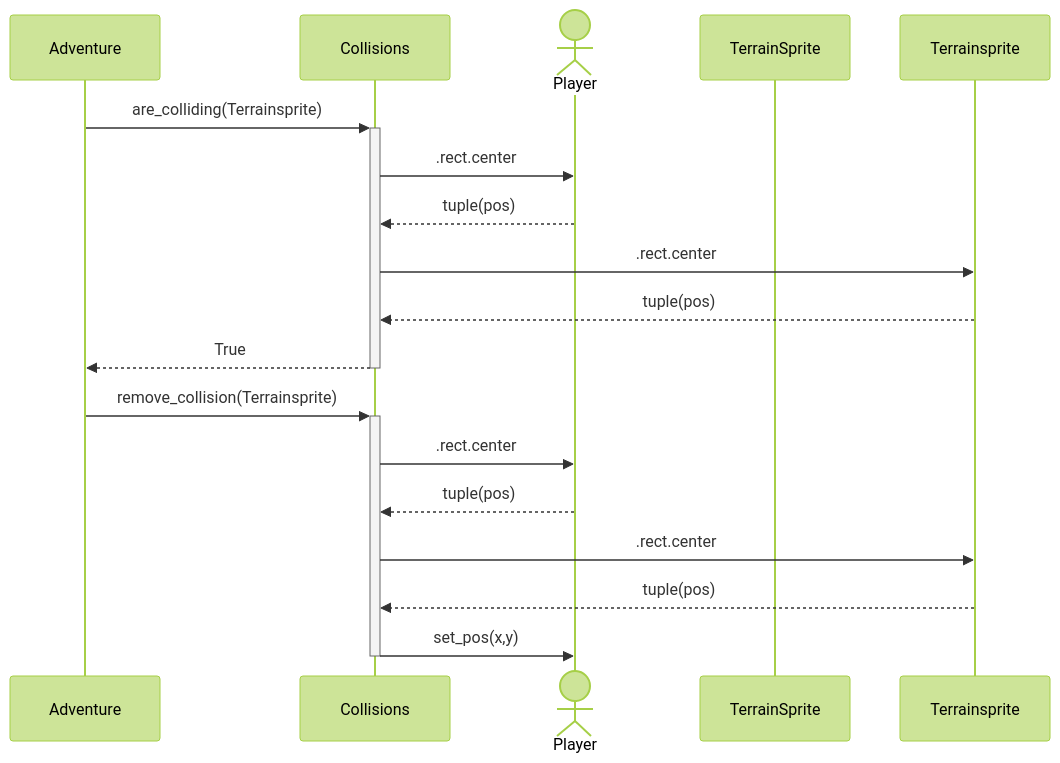
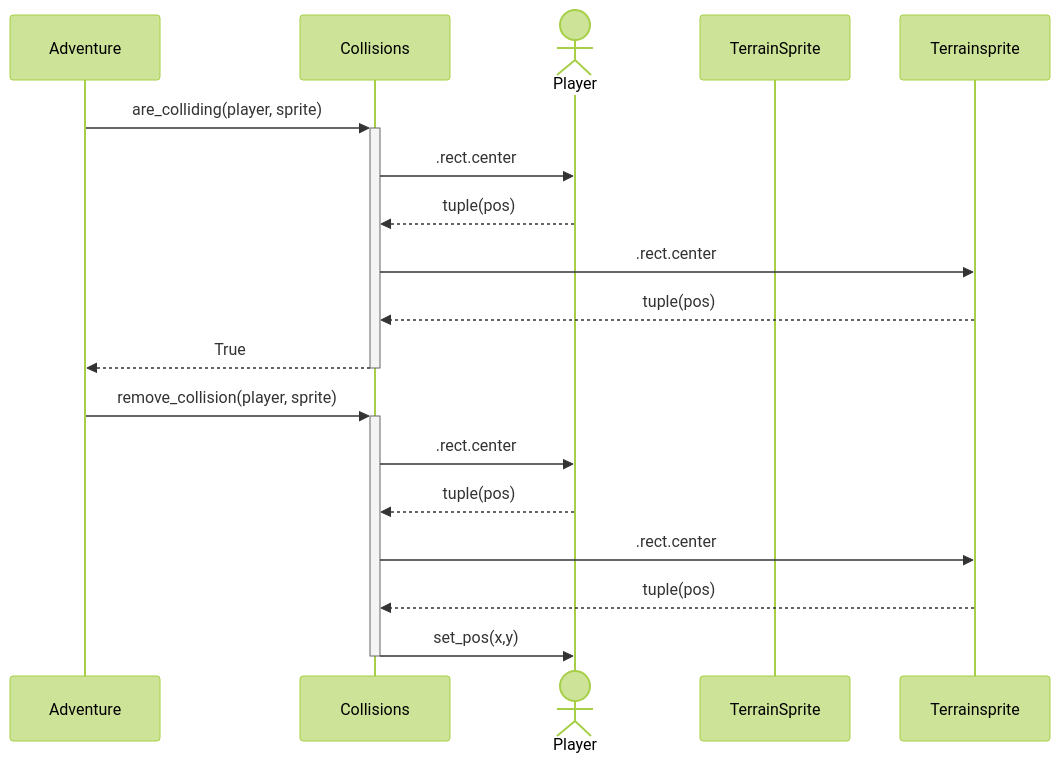
One commit to VehvilainenPooki/OTProjekti changed the second of 2 diagrams in Payload_adventure_game/Documentation/ArchitectureDescription.md. Above: the diagram before and after it, drawn with Mermaid (forest theme). The commit also changed other lines of this file, not shown here.

````diff
--- a/Payload_adventure_game/Documentation/ArchitectureDescription.md
+++ b/Payload_adventure_game/Documentation/ArchitectureDescription.md
@@ -56,19 +56,19 @@
 ```mermaid
 sequenceDiagram
   participant Adventure
   participant Collisions
   actor Player
   participant TerrainSprite
-  Adventure->>+Collisions: are_colliding(Terrainsprite)
+  Adventure->>+Collisions: are_colliding(player, sprite)
   Collisions->>Player: .rect.center
   Player-->>Collisions: tuple(pos)
   Collisions->>Terrainsprite: .rect.center
   Terrainsprite-->>Collisions: tuple(pos)
   Collisions-->>-Adventure: True
-  Adventure->>+Collisions: remove_collision(Terrainsprite)
+  Adventure->>+Collisions: remove_collision(player, sprite)
   Collisions->>Player: .rect.center
   Player-->>Collisions: tuple(pos)
   Collisions->>Terrainsprite: .rect.center
   Terrainsprite-->>Collisions: tuple(pos)
   Collisions->>-Player: set_pos(x,y)
 ```
````
